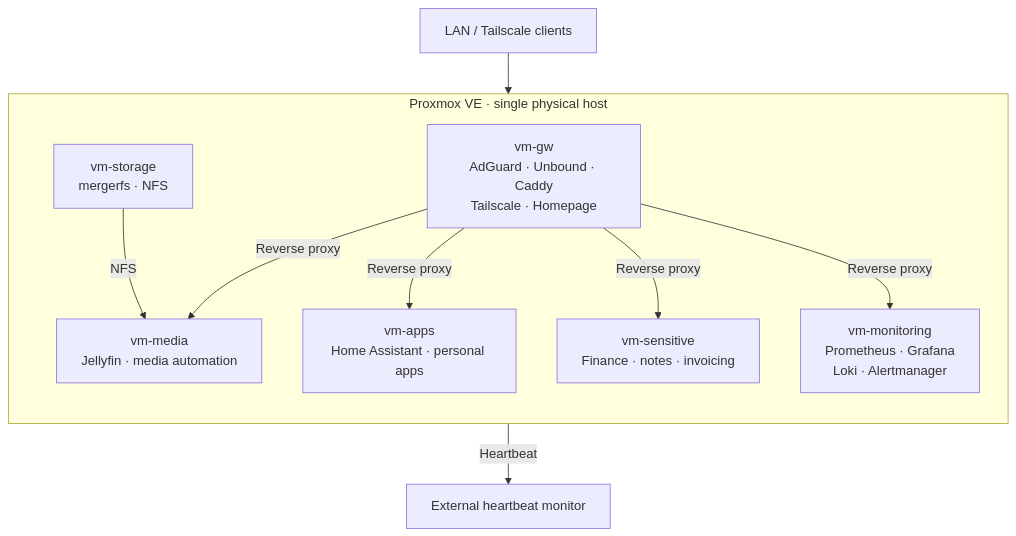
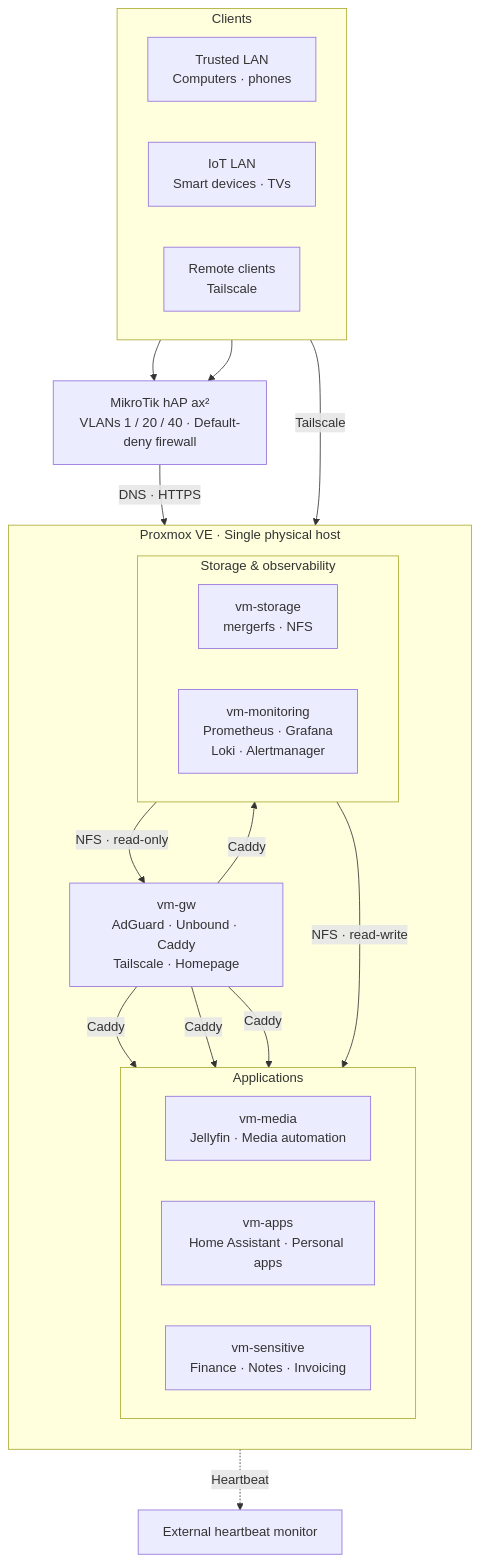
Before and after one commit to shakirware/homelab-nix: the diagram in README.md, drawn with Mermaid. The commit also changed other lines of this file and 1 other file, not shown here.

Commit message:
docs: rewrite the README and network guide for the current layout

````diff
--- a/README.md
+++ b/README.md
@@ -13,24 +13,47 @@
 ```mermaid
 flowchart TB
-    clients["LAN / Tailscale clients"]
+    subgraph clients["Clients"]
+        direction LR
+        trusted["Trusted LAN<br/>Computers · phones"]
+        iot["IoT LAN<br/>Smart devices · TVs"]
+        remote["Remote clients<br/>Tailscale"]
+    end
 
-    subgraph pve["Proxmox VE · single physical host"]
+    router["MikroTik hAP ax²<br/>VLANs 1 / 20 / 40 · Default-deny firewall"]
+
+    subgraph pve["Proxmox VE · Single physical host"]
         direction TB
+
         gw["vm-gw<br/>AdGuard · Unbound · Caddy<br/>Tailscale · Homepage"]
-        media["vm-media<br/>Jellyfin · media automation"]
-        apps["vm-apps<br/>Home Assistant · personal apps"]
-        sensitive["vm-sensitive<br/>Finance · notes · invoicing"]
-        storage["vm-storage<br/>mergerfs · NFS"]
-        monitoring["vm-monitoring<br/>Prometheus · Grafana<br/>Loki · Alertmanager"]
+
+        subgraph applications["Applications"]
+            direction LR
+            media["vm-media<br/>Jellyfin · Media automation"]
+            apps["vm-apps<br/>Home Assistant · Personal apps"]
+            sensitive["vm-sensitive<br/>Finance · Notes · Invoicing"]
+        end
+
+        subgraph infrastructure["Storage & observability"]
+            direction LR
+            storage["vm-storage<br/>mergerfs · NFS"]
+            monitoring["vm-monitoring<br/>Prometheus · Grafana<br/>Loki · Alertmanager"]
+        end
     end
 
     external["External heartbeat monitor"]
 
-    clients --> gw
-    gw -->|"Reverse proxy"| media
-    gw -->|"Reverse proxy"| apps
-    gw -->|"Reverse proxy"| sensitive
-    gw -->|"Reverse proxy"| monitoring
-    storage -->|"NFS"| media
-    monitoring -->|"Heartbeat"| external
+    trusted --> router
+    iot --> router
+    router -->|"DNS · HTTPS"| gw
+    remote -->|"Tailscale"| gw
+
+    gw -->|"Caddy"| media
+    gw -->|"Caddy"| apps
+    gw -->|"Caddy"| sensitive
+    gw -->|"Caddy"| monitoring
+
+    storage -->|"NFS · read-write"| media
+    storage -->|"NFS · read-only"| gw
+
+    monitoring -.->|"Heartbeat"| external
 ```
````
